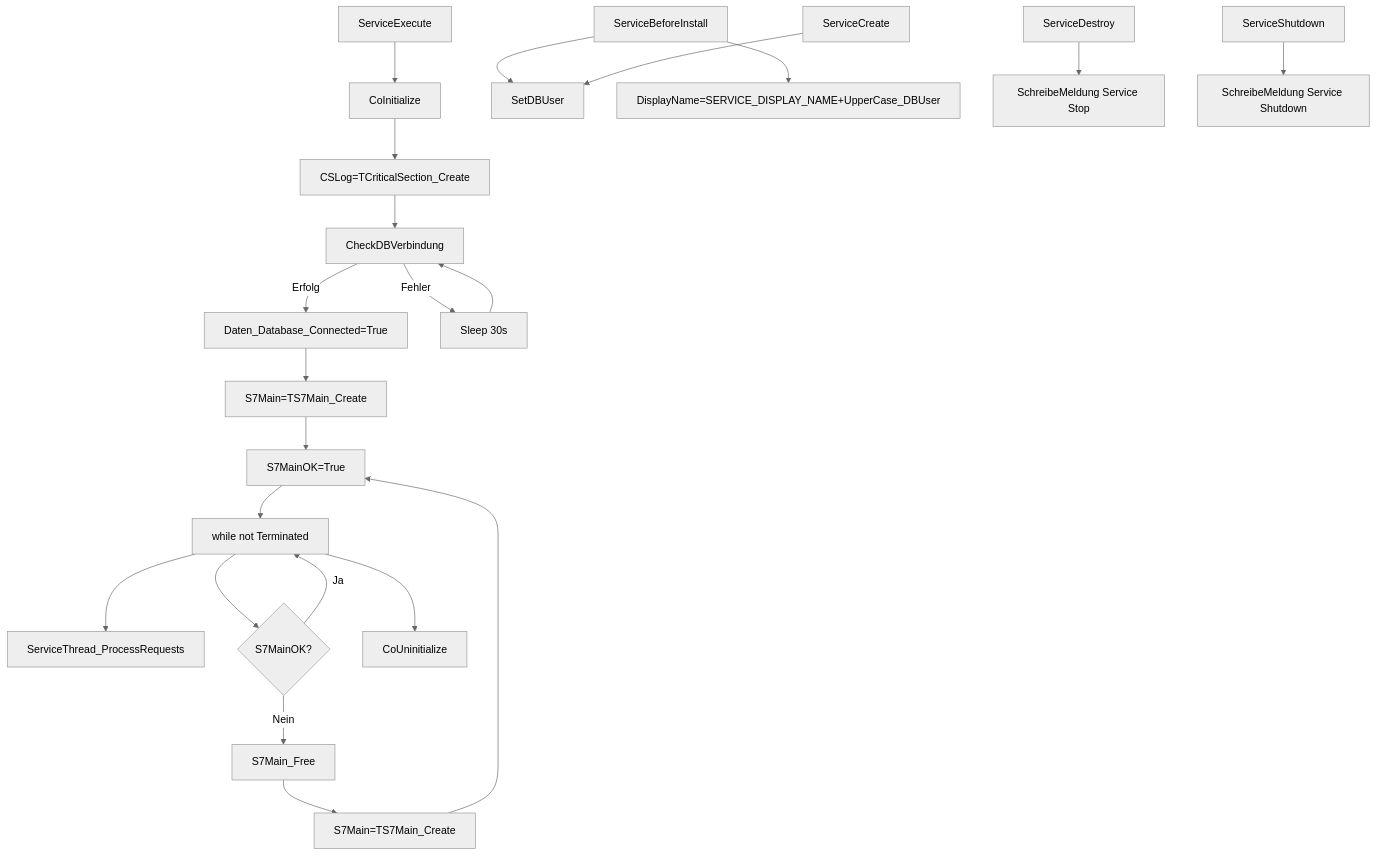
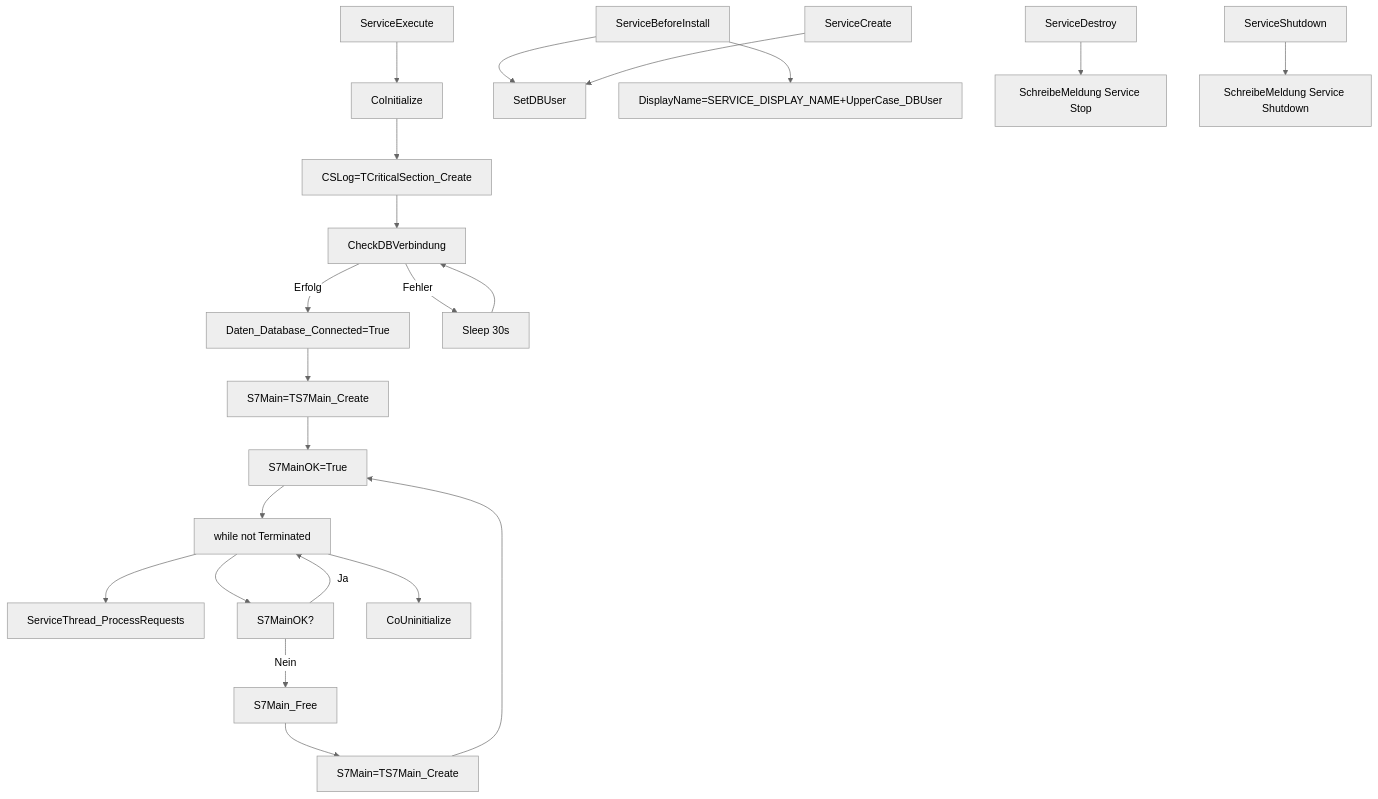
One commit to MadIsBack/INCL changed the first of 13 diagrams in INCLService_Funktionsaufruf_Diagramm.md. Above: the diagram before and after it, drawn with Mermaid (neutral theme). The commit also changed other lines of this file, not shown here.

Commit message:
Fix curly braces in Mermaid diagrams - replace with square brackets
- Replaced { with [ and } with ] in all Mermaid diagram code blocks
- This fixes the remaining syntax errors in Mermaid diagrams
- All 13 Mermaid diagrams are now properly formatted

````diff
--- a/INCLService_Funktionsaufruf_Diagramm.md
+++ b/INCLService_Funktionsaufruf_Diagramm.md
@@ -30,27 +30,27 @@
 ```mermaid
 graph TD
     %% Service-Lifecycle
     A[ServiceExecute] --> B[CoInitialize]
     B --> C[CSLog=TCriticalSection_Create]
     C --> D[CheckDBVerbindung]
     D -->|Erfolg| E[Daten_Database_Connected=True]
     D -->|Fehler| F[Sleep 30s]
     F --> D
     E --> G[S7Main=TS7Main_Create]
     G --> H[S7MainOK=True]
     H --> I[while not Terminated]
     I --> J[ServiceThread_ProcessRequests]
-    I --> K{S7MainOK?}
+    I --> K[S7MainOK?]
     K -->|Nein| L[S7Main_Free]
     L --> M[S7Main=TS7Main_Create]
     M --> H
     K -->|Ja| I
     I --> N[CoUninitialize]
     
     %% Service-Events
     O[ServiceBeforeInstall] --> P[SetDBUser]
     O --> Q[DisplayName=SERVICE_DISPLAY_NAME+UpperCase_DBUser]
     R[ServiceCreate] --> P
     S[ServiceDestroy] --> T[SchreibeMeldung Service Stop]
     U[ServiceShutdown] --> V[SchreibeMeldung Service Shutdown]
 ```
````
